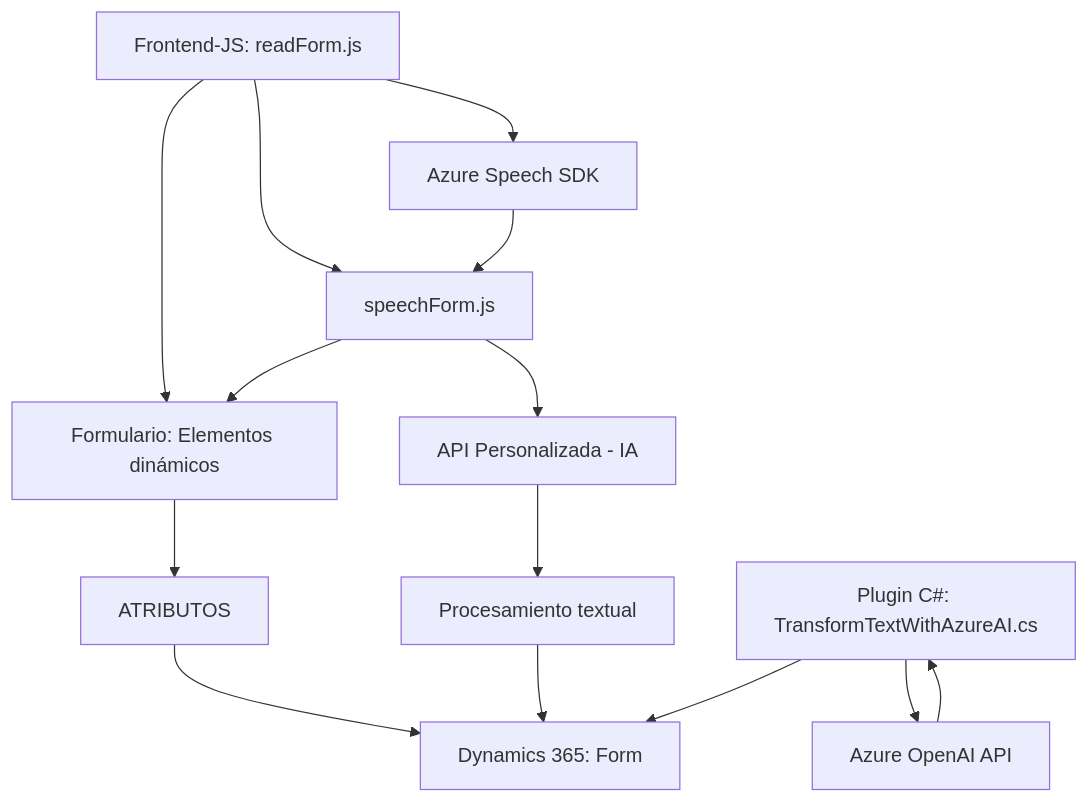
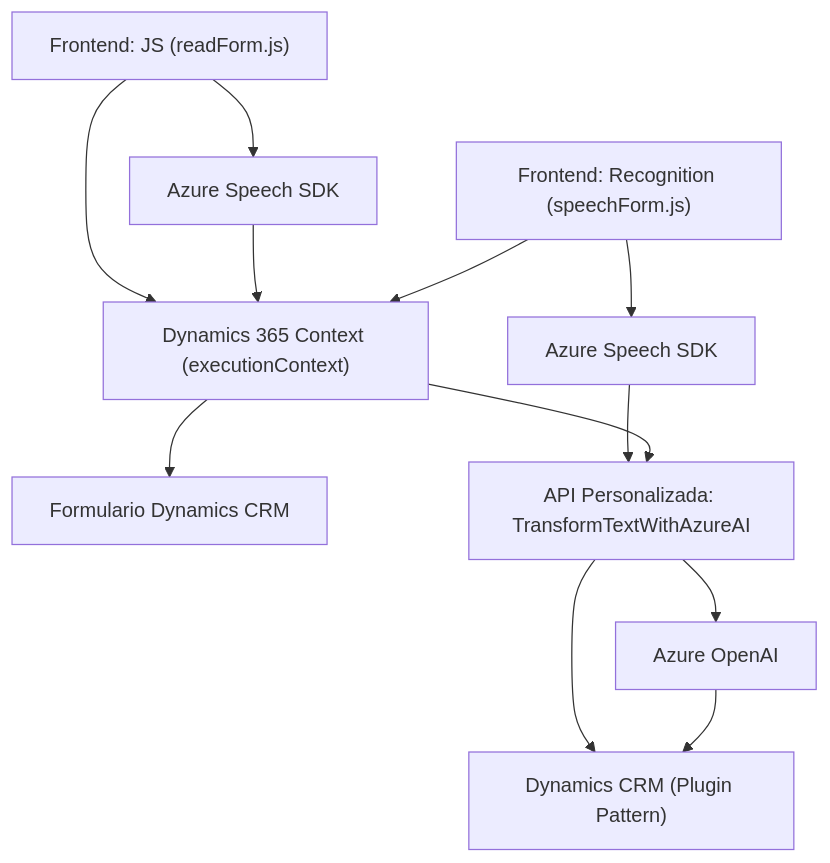
Before and after one commit to blopezdm/NETCORE_BILBAO2025: the diagram in README.md, drawn with Mermaid. The commit also changed other lines of this file, not shown here.

````diff
--- a/README.md
+++ b/README.md
@@ -33,16 +35,14 @@
 ```mermaid
 graph TD
-    A["Frontend-JS: readForm.js"] --> B["Azure Speech SDK"]
-    A --> C["Formulario: Elementos dinámicos"]
-    C --> F["ATRIBUTOS"]
-    A --> D["speechForm.js"]
-    D --> C
-    D --> E["API Personalizada - IA"]
-    E --> G["Procesamiento textual"]
-    F --> H["Dynamics 365: Form"]
-    B --> D
-    G --> H
-    I["Plugin C#: TransformTextWithAzureAI.cs"] --> J["Azure OpenAI API"]
-    I --> H
-    J --> I
+    A["Frontend: JS (readForm.js)"] --> B["Azure Speech SDK"]
+    A --> C["Dynamics 365 Context (executionContext)"]
+    C --> D["Formulario Dynamics CRM"]
+    B --> C
+    E["Frontend: Recognition (speechForm.js)"] --> F["Azure Speech SDK"]
+    E --> C
+    F --> G["API Personalizada: TransformTextWithAzureAI"]
+    C --> G
+    G --> H["Azure OpenAI"]
+    G --> I["Dynamics CRM (Plugin Pattern)"]
+    H --> I
 ```
````
